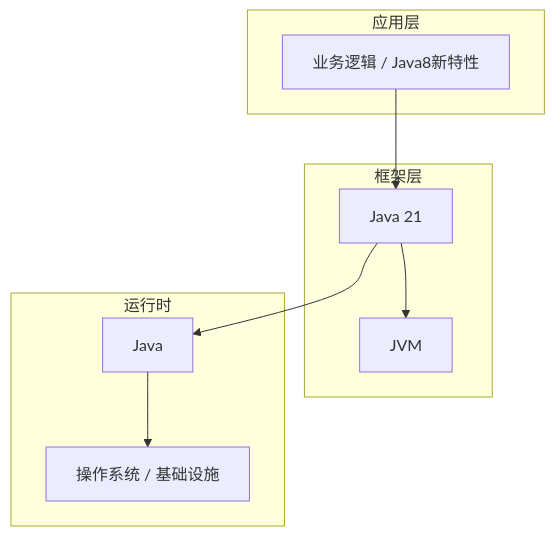
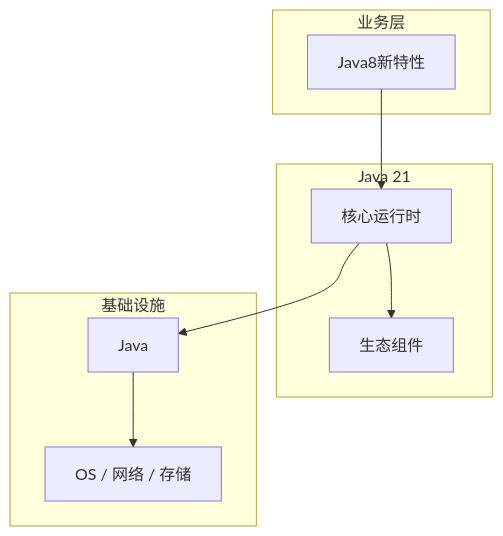
Before and after one commit to yanggan2015/knowledge-json-v2: the diagram in articles/Java核心/chapters/121-Java8新特性核心概念与原理.md, drawn with Mermaid. The commit also changed other lines of this file and 10127 other files, not shown here.

````diff
--- a/articles/Java核心/chapters/121-Java8新特性核心概念与原理.md
+++ b/articles/Java核心/chapters/121-Java8新特性核心概念与原理.md
@@ -45,18 +34,18 @@
 ```mermaid
 graph TB
-    subgraph 应用层
-        A[业务逻辑 / Java8新特性]
+    subgraph 业务层
+        A[Java8新特性]
     end
-    subgraph 框架层
-        B[Java 21]
-        C[JVM]
+    subgraph Java 21
+        B[核心运行时]
+        C[生态组件]
     end
-    subgraph 运行时
+    subgraph 基础设施
         D[Java]
-        E[操作系统 / 基础设施]
+        E[OS / 网络 / 存储]
     end
     A --> B
     B --> C
     B --> D
     D --> E
 ```
````
